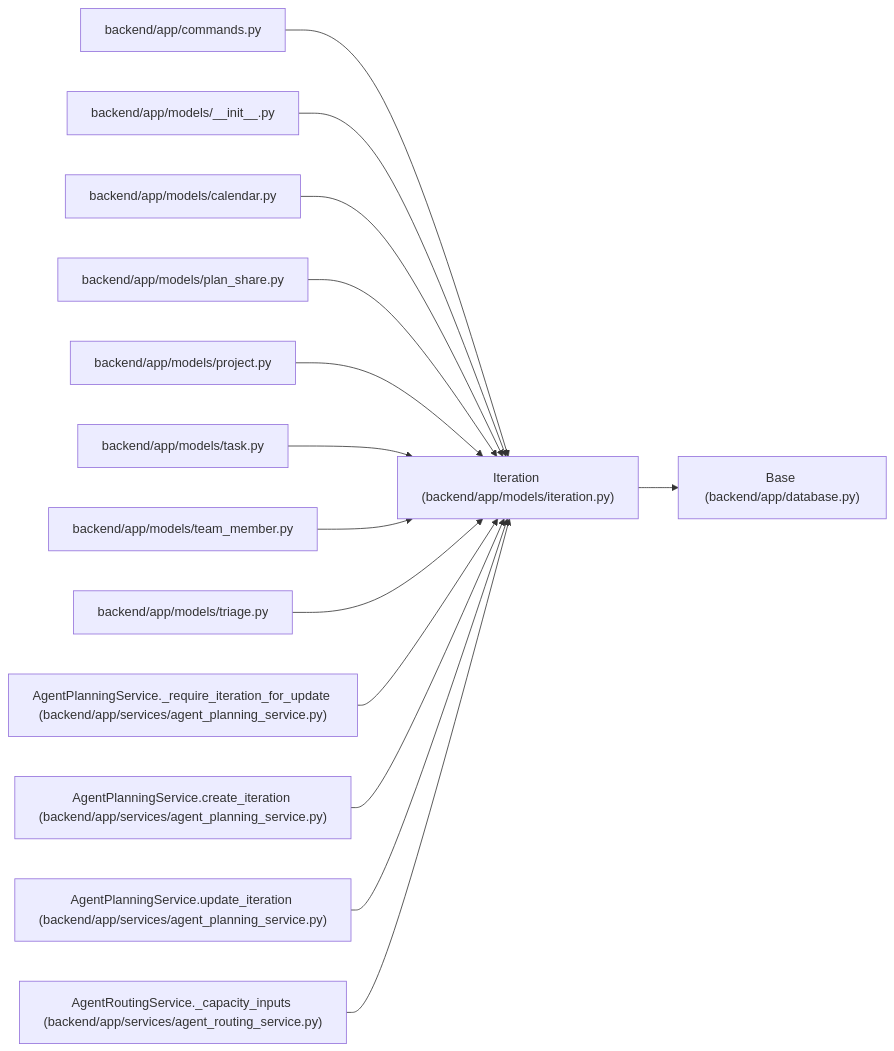
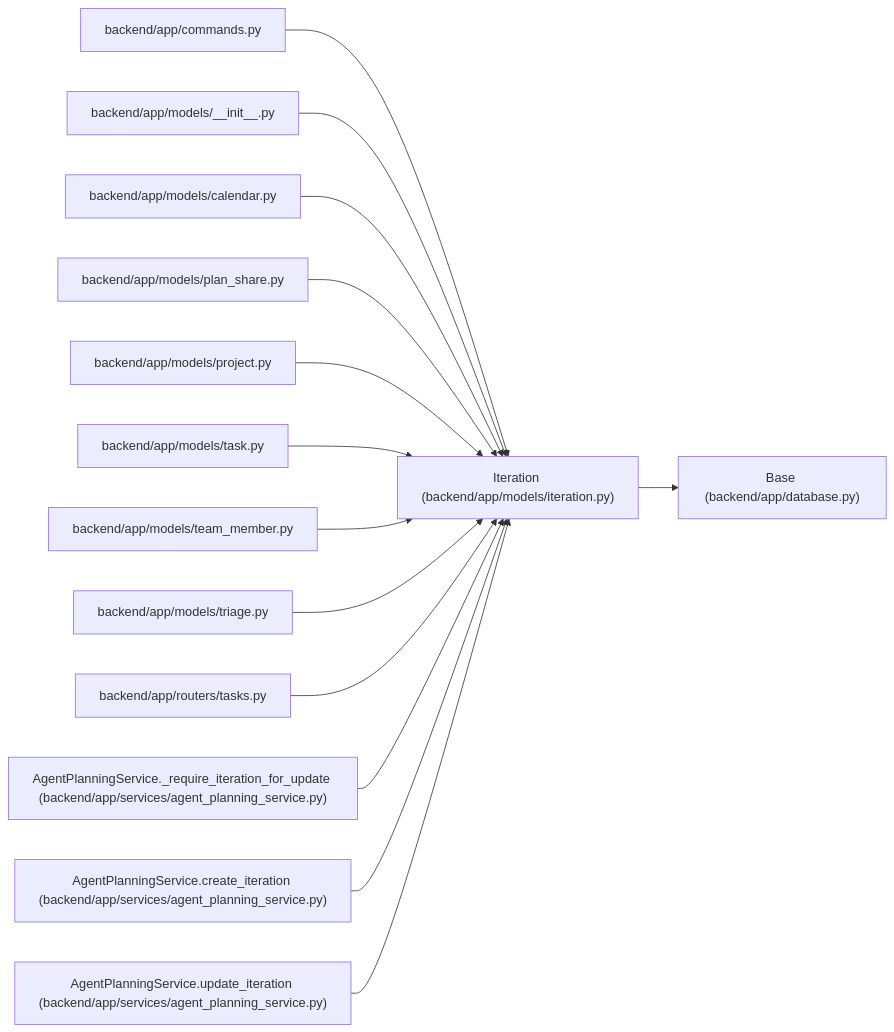
The diagram in docs/llm_wiki/entities/models_iteration_Iteration.md (Denissvgn/WorkChord), drawn with Mermaid before and after one commit. The commit also changed other lines of this file and 6624 other files, not shown here.

````diff
--- a/docs/llm_wiki/entities/models_iteration_Iteration.md
+++ b/docs/llm_wiki/entities/models_iteration_Iteration.md
@@ -37,44 +37,44 @@
 ```mermaid
 flowchart LR
     n0["Iteration (backend/app/models/iteration.py)"]
     n1["Base (backend/app/database.py)"]
     n2["backend/app/commands.py"]
     n3["backend/app/models/__init__.py"]
     n4["backend/app/models/calendar.py"]
     n5["backend/app/models/plan_share.py"]
     n6["backend/app/models/project.py"]
     n7["backend/app/models/task.py"]
     n8["backend/app/models/team_member.py"]
     n9["backend/app/models/triage.py"]
-    n10["AgentPlanningService._require_iteration_for_update (backend/app/services/agent_planning_service.py)"]
-    n11["AgentPlanningService.create_iteration (backend/app/services/agent_planning_service.py)"]
-    n12["AgentPlanningService.update_iteration (backend/app/services/agent_planning_service.py)"]
-    n13["AgentRoutingService._capacity_inputs (backend/app/services/agent_routing_service.py)"]
+    n10["backend/app/routers/tasks.py"]
+    n11["AgentPlanningService._require_iteration_for_update (backend/app/services/agent_planning_service.py)"]
+    n12["AgentPlanningService.create_iteration (backend/app/services/agent_planning_service.py)"]
+    n13["AgentPlanningService.update_iteration (backend/app/services/agent_planning_service.py)"]
     n0 --> n1
     n2 --> n0
     n3 --> n0
     n4 --> n0
     n5 --> n0
     n6 --> n0
     n7 --> n0
     n8 --> n0
     n9 --> n0
     n10 --> n0
     n11 --> n0
     n12 --> n0
     n13 --> n0
     click n0 "../modules/models_iteration.md"
     click n1 "../modules/app_database.md"
     click n2 "../modules/commands.md"
     click n3 "../modules/models___init__.md"
     click n4 "../modules/models_calendar.md"
     click n5 "../modules/models_plan_share.md"
     click n6 "../modules/models_project.md"
     click n7 "../modules/models_task.md"
     click n8 "../modules/team_member.md"
     click n9 "../modules/models_triage.md"
-    click n10 "../modules/agent_planning_service.md"
+    click n10 "../modules/tasks.md"
     click n11 "../modules/agent_planning_service.md"
     click n12 "../modules/agent_planning_service.md"
-    click n13 "../modules/agent_routing_service.md"
+    click n13 "../modules/agent_planning_service.md"
 ```
````
